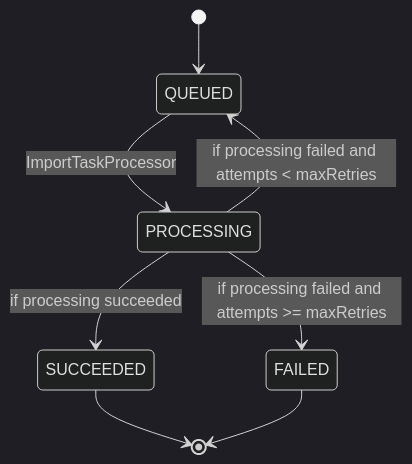
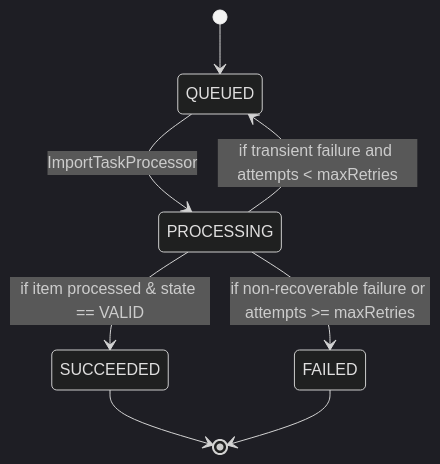
The third of 3 diagrams in src/main/java/com/java_template/prototype/functional_requirement.md (Cyoda-platform/java-client-template), drawn with Mermaid (dark theme) before and after one commit. The commit also changed other lines of this file, not shown here.

````diff
--- a/src/main/java/com/java_template/prototype/functional_requirement.md
+++ b/src/main/java/com/java_template/prototype/functional_requirement.md
@@ -124,10 +170,10 @@
 ```mermaid
 stateDiagram-v2
     [*] --> QUEUED
     QUEUED --> PROCESSING : ImportTaskProcessor
-    PROCESSING --> SUCCEEDED : if processing succeeded
-    PROCESSING --> FAILED : if processing failed and attempts >= maxRetries
-    PROCESSING --> QUEUED : if processing failed and attempts < maxRetries
+    PROCESSING --> SUCCEEDED : if item processed & state == VALID
+    PROCESSING --> QUEUED : if transient failure and attempts < maxRetries
+    PROCESSING --> FAILED : if non-recoverable failure or attempts >= maxRetries
     SUCCEEDED --> [*]
     FAILED --> [*]
 ```
````
